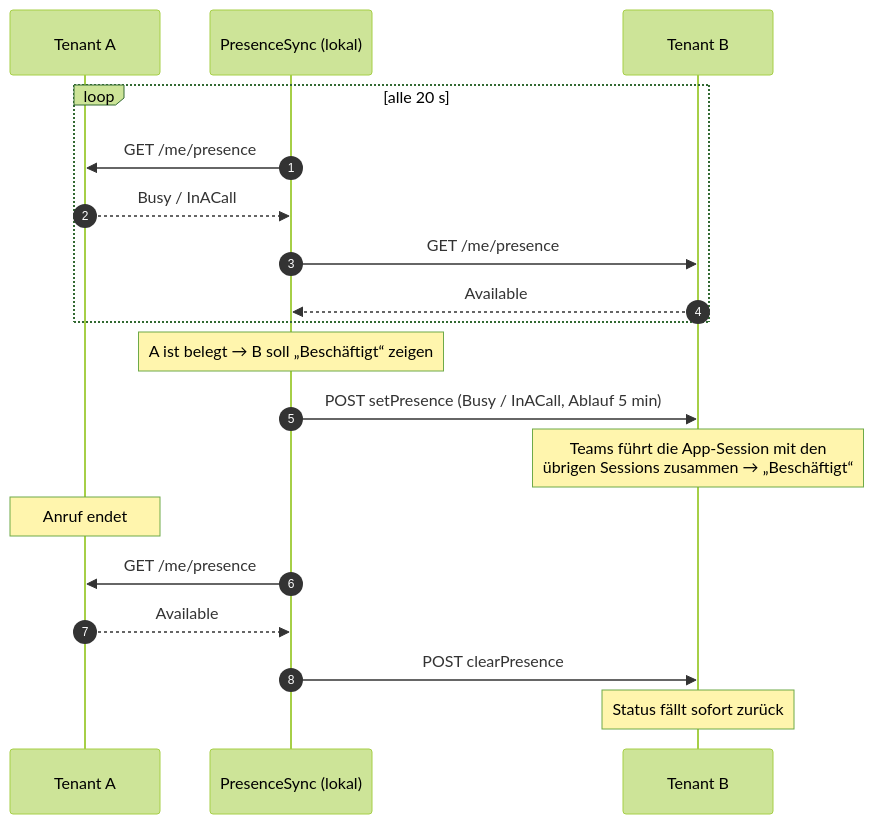
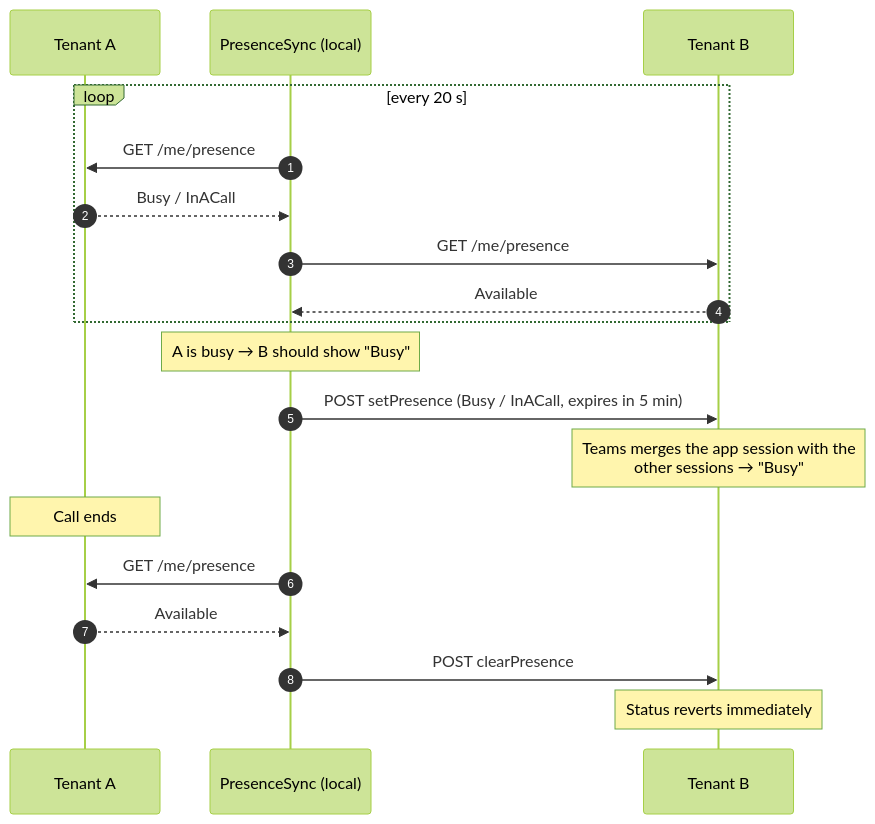
One commit to Lars-Level21/presencesync changed the second of 2 diagrams in docs/architecture.md. Above: the diagram before and after it, drawn with Mermaid (forest theme). The commit also changed other lines of this file and 43 other files, not shown here.

````diff
--- a/docs/architecture.md
+++ b/docs/architecture.md
@@ -108,22 +108,22 @@
 ```mermaid
 sequenceDiagram
     autonumber
     participant A as Tenant A
-    participant App as PresenceSync (lokal)
+    participant App as PresenceSync (local)
     participant B as Tenant B
 
-    loop alle 20 s
+    loop every 20 s
         App->>A: GET /me/presence
         A-->>App: Busy / InACall
         App->>B: GET /me/presence
         B-->>App: Available
     end
-    Note over App: A ist belegt → B soll „Beschäftigt“ zeigen
-    App->>B: POST setPresence (Busy / InACall, Ablauf 5 min)
-    Note over B: Teams führt die App-Session mit den<br/>übrigen Sessions zusammen → „Beschäftigt“
-    Note over A: Anruf endet
+    Note over App: A is busy → B should show "Busy"
+    App->>B: POST setPresence (Busy / InACall, expires in 5 min)
+    Note over B: Teams merges the app session with the<br/>other sessions → "Busy"
+    Note over A: Call ends
     App->>A: GET /me/presence
     A-->>App: Available
     App->>B: POST clearPresence
-    Note over B: Status fällt sofort zurück
+    Note over B: Status reverts immediately
 ```
````
